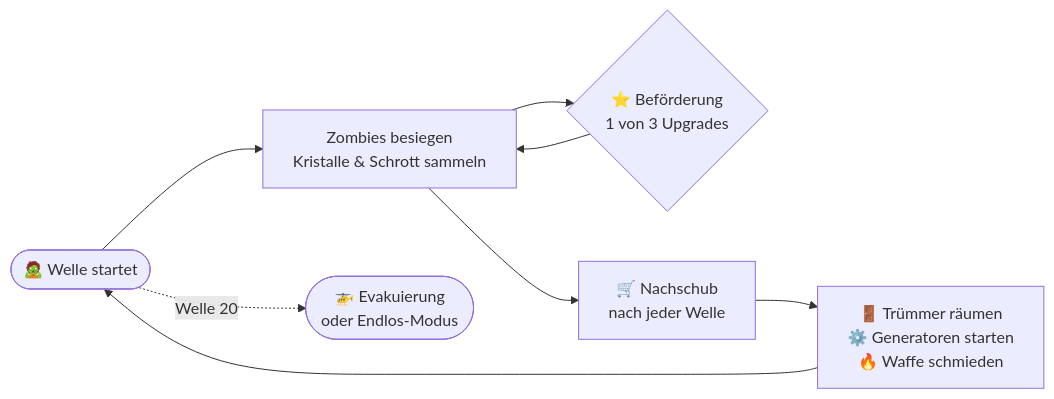
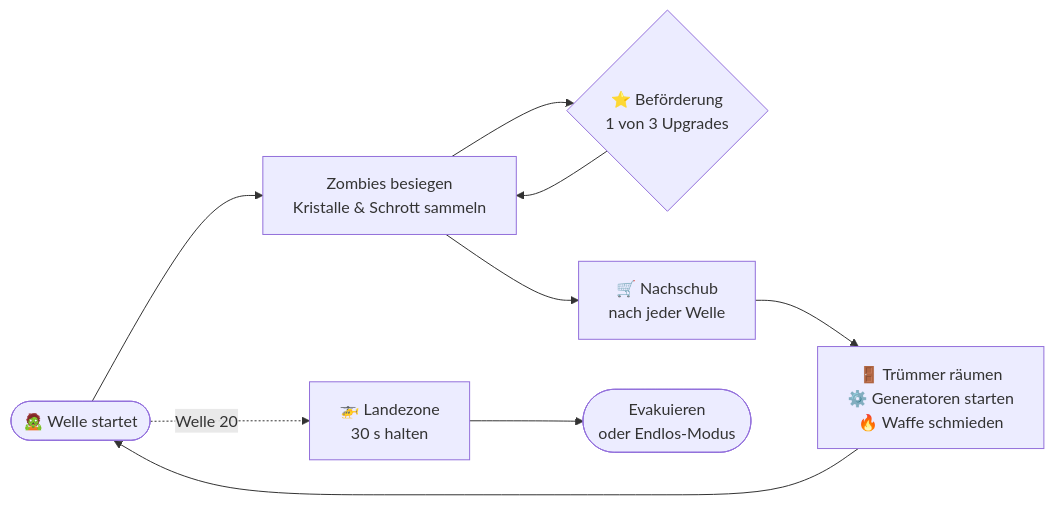
Before and after one commit to beydo7/rotfall-releases: the diagram in README.md, drawn with Mermaid. The commit also changed other lines of this file and 14 other files, not shown here.

````diff
--- a/README.md
+++ b/README.md
@@ -110,10 +128,11 @@
 ```mermaid
 flowchart LR
     A([🧟 Welle startet]) --> B[Zombies besiegen<br/>Kristalle & Schrott sammeln]
     B --> C{⭐ Beförderung<br/>1 von 3 Upgrades}
     C --> B
     B --> D[🛒 Nachschub<br/>nach jeder Welle]
     D --> E[🚪 Trümmer räumen<br/>⚙️ Generatoren starten<br/>🔥 Waffe schmieden]
     E --> A
-    A -. Welle 20 .-> F([🚁 Evakuierung<br/>oder Endlos-Modus])
+    A -. Welle 20 .-> F[🚁 Landezone<br/>30 s halten]
+    F --> G([Evakuieren<br/>oder Endlos-Modus])
 ```
````
